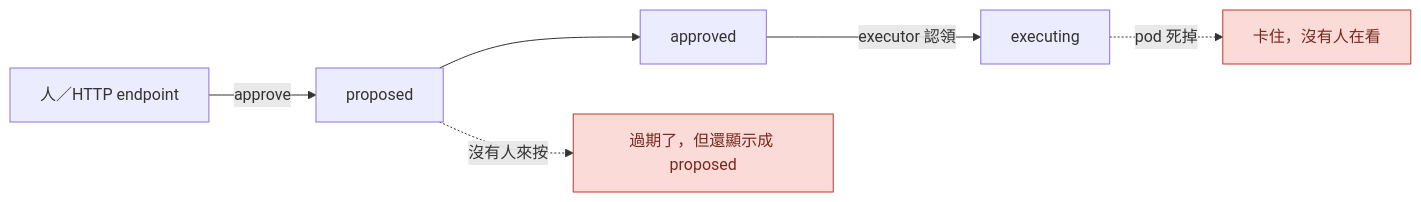
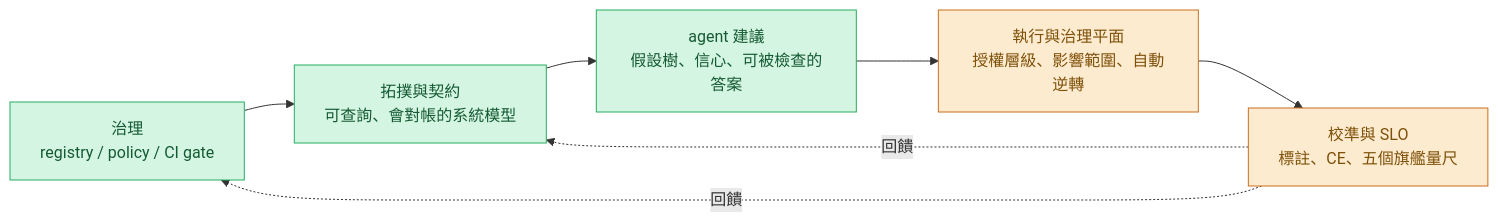
One commit to tedmax100/o11y-bench changed the third of 3 diagrams in weaver-demo/ironman-2026/day34.md. Above: the diagram before and after it, drawn with Mermaid. The commit also changed other lines of this file and 29 other files, not shown here.

````diff
--- a/weaver-demo/ironman-2026/day34.md
+++ b/weaver-demo/ironman-2026/day34.md
@@ -127,11 +231,14 @@
 ```mermaid
 flowchart LR
-    H["人／HTTP endpoint"] -->|"approve"| P["proposed"]
-    P --> A["approved"]
-    A -->|"executor 認領"| E["executing"]
-    E -.->|"pod 死掉"| STUCK["卡住，沒有人在看"]
-    P -.->|"沒有人來按"| STALE["過期了，但還顯示成 proposed"]
+    G["治理<br/>registry / policy / CI gate"] --> T["拓撲與契約<br/>可查詢、會對帳的系統模型"]
+    T --> A["agent 建議<br/>假設樹、信心、可被檢查的答案"]
+    A --> E["執行與治理平面<br/>授權層級、影響範圍、自動逆轉"]
+    E --> C["校準與 SLO<br/>標註、CE、五個旗艦量尺"]
+    C -.->|"回饋"| G
+    C -.->|"回饋"| T
 
-    classDef bad fill:#fadbd8,stroke:#c0392b,color:#78281f
-    class STUCK,STALE bad
+    classDef done fill:#d5f5e3,stroke:#27ae60,color:#145a32
+    classDef partial fill:#fdebd0,stroke:#ca6f1e,color:#7e5109
+    class G,T,A done
+    class E,C partial
 ```
````
